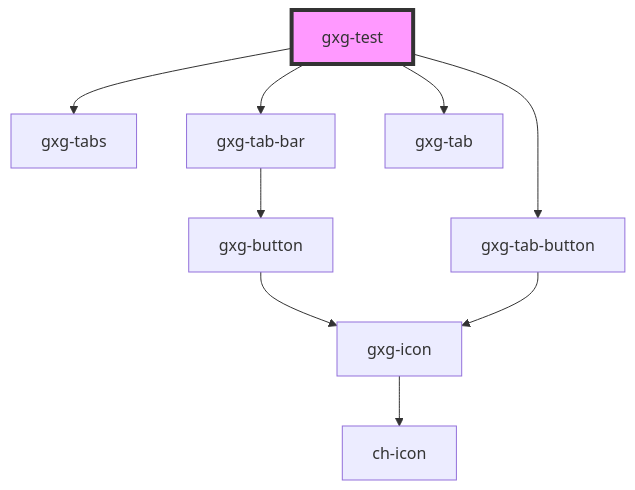
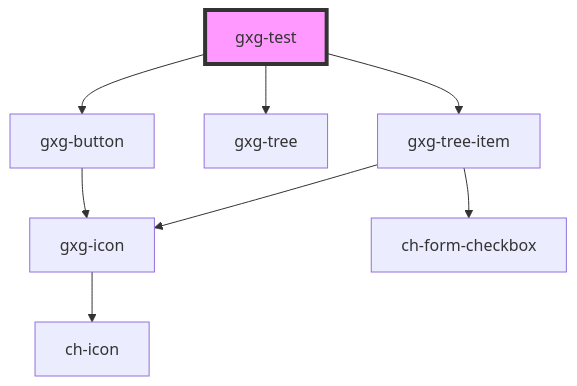
Before and after one commit to genexuslabs/gemini: the diagram in src/components/test/readme.md, drawn with Mermaid. The commit also changed other lines of this file and 20 other files, not shown here.

````diff
--- a/src/components/test/readme.md
+++ b/src/components/test/readme.md
@@ -29,12 +28,11 @@
 ```mermaid
 graph TD;
-  gxg-test --> gxg-tabs
-  gxg-test --> gxg-tab-bar
-  gxg-test --> gxg-tab-button
-  gxg-test --> gxg-tab
-  gxg-tab-bar --> gxg-button
+  gxg-test --> gxg-button
+  gxg-test --> gxg-tree
+  gxg-test --> gxg-tree-item
   gxg-button --> gxg-icon
   gxg-icon --> ch-icon
-  gxg-tab-button --> gxg-icon
+  gxg-tree-item --> gxg-icon
+  gxg-tree-item --> ch-form-checkbox
   style gxg-test fill:#f9f,stroke:#333,stroke-width:4px
 ```
````
